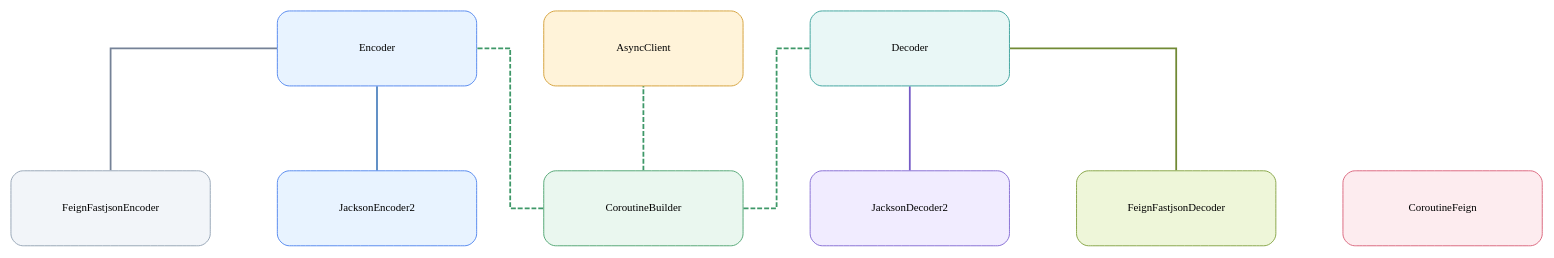
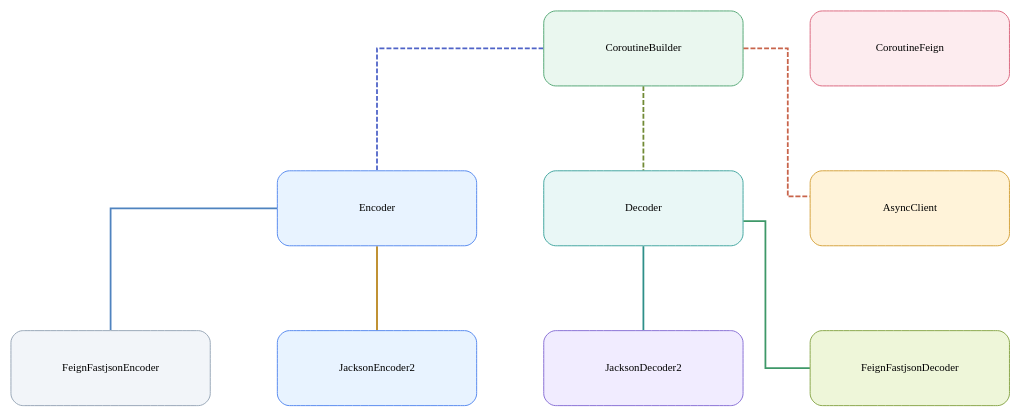
One commit to bluetape4k/bluetape4k-projects changed the diagram in docs/images/readme-diagrams/io-feign-diagram-02.dot. Above: the diagram before and after it, drawn with Graphviz. The commit also changed 600 other files, not shown here.

First line of the commit message:
Stabilize README diagram regeneration quality

```diff
--- a/docs/images/readme-diagrams/io-feign-diagram-02.dot
+++ b/docs/images/readme-diagrams/io-feign-diagram-02.dot
@@ -1,22 +1,21 @@
 digraph G {
   graph [rankdir=TB, splines=ortho, nodesep=0.95, ranksep=1.2, outputorder=edgesfirst, pack=false, sep="+0.9,0.9"];
   node [shape=box, style="rounded,filled", fontname="Comic Mono", fontsize=11, margin="0.16,0.10", width=2.8, height=1.05];
   edge [fontname="Comic Mono", fontsize=10, arrowsize=0.75, penwidth=1.8];
   Encoder [label="Encoder", fillcolor="#E8F3FF", color="#5B8DEF"];
   CoroutineBuilder [label="CoroutineBuilder", fillcolor="#EAF7EF", color="#58A978"];
   Decoder [label="Decoder", fillcolor="#E9F7F6", color="#45A7A1"];
   AsyncClient [label="AsyncClient", fillcolor="#FFF3D9", color="#D6A441"];
   CoroutineFeign [label="CoroutineFeign", fillcolor="#FDECEF", color="#DC6B82"];
   JacksonDecoder2 [label="JacksonDecoder2", fillcolor="#F1ECFF", color="#8A72D6"];
   FeignFastjsonDecoder [label="FeignFastjsonDecoder", fillcolor="#EEF6D9", color="#8BA84D"];
   FeignFastjsonEncoder [label="FeignFastjsonEncoder", fillcolor="#F2F5F9", color="#9AA8B8"];
   JacksonEncoder2 [label="JacksonEncoder2", fillcolor="#E8F3FF", color="#5B8DEF"];
-  { rank=source; Encoder; Decoder; AsyncClient; }
-  Decoder -> FeignFastjsonDecoder [color="#718A35", fontcolor="#718A35", style="solid", arrowhead="none", weight=10];
-  Encoder -> FeignFastjsonEncoder [color="#758297", fontcolor="#758297", style="solid", arrowhead="none", weight=10];
-  Decoder -> JacksonDecoder2 [color="#755BC6", fontcolor="#755BC6", style="solid", arrowhead="none", weight=10];
-  Encoder -> JacksonEncoder2 [color="#4F83BF", fontcolor="#4F83BF", style="solid", arrowhead="none", weight=10];
-  CoroutineBuilder -> Decoder [color="#3E9868", fontcolor="#3E9868", style="dashed", arrowhead="none", weight=2];
-  CoroutineBuilder -> Encoder [color="#3E9868", fontcolor="#3E9868", style="dashed", arrowhead="none", weight=2];
-  CoroutineBuilder -> AsyncClient [color="#3E9868", fontcolor="#3E9868", style="dashed", arrowhead="none", weight=2];
+  Decoder -> FeignFastjsonDecoder [color="#3E9868", fontcolor="#3E9868", style="solid", arrowhead="none", weight=10];
+  Encoder -> FeignFastjsonEncoder [color="#4F83BF", fontcolor="#4F83BF", style="solid", arrowhead="none", weight=10];
+  Decoder -> JacksonDecoder2 [color="#2E8F89", fontcolor="#2E8F89", style="solid", arrowhead="none", weight=10];
+  Encoder -> JacksonEncoder2 [color="#B9851B", fontcolor="#B9851B", style="solid", arrowhead="none", weight=10];
+  CoroutineBuilder -> Decoder [color="#718A35", fontcolor="#718A35", style="dashed", arrowhead="none", weight=2];
+  CoroutineBuilder -> Encoder [color="#4F63C7", fontcolor="#4F63C7", style="dashed", arrowhead="none", weight=2];
+  CoroutineBuilder -> AsyncClient [color="#C8644B", fontcolor="#C8644B", style="dashed", arrowhead="none", weight=2];
 }
```
